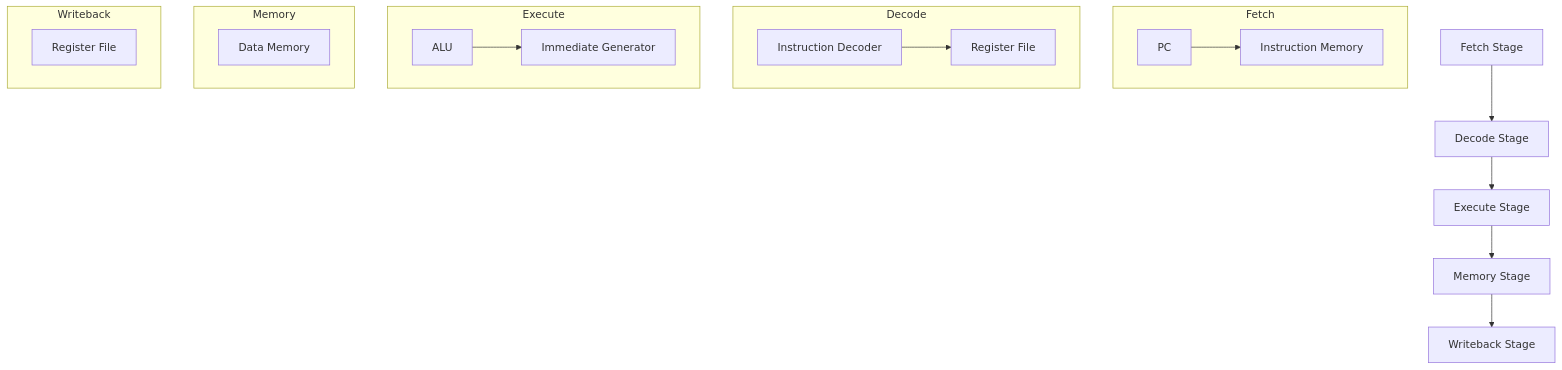
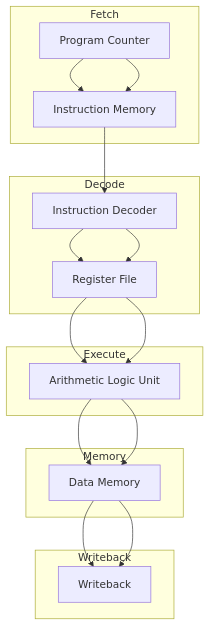
Before and after one commit to Adebayo17/riscv_cpu: the first of 2 diagrams in docs/3_cpu_architecture.md, drawn with Mermaid. The commit also changed other lines of this file and 7 other files, not shown here.

````diff
--- a/docs/3_cpu_architecture.md
+++ b/docs/3_cpu_architecture.md
@@ -10,27 +10,29 @@
 ```mermaid
 graph TD
-    A[Fetch Stage] --> B[Decode Stage]
-    B --> C[Execute Stage]
-    C --> D[Memory Stage]
-    D --> E[Writeback Stage]
+    PC[Program Counter] --> IM[Instruction Memory]
+    IM --> ID[Instruction Decoder]
+    ID --> RF[Register File]
+    RF --> ALU[Arithmetic Logic Unit]
+    ALU --> DM[Data Memory]
+    DM --> WB[Writeback]
 
     subgraph Fetch
-        A1[PC] --> A2[Instruction Memory]
+        PC --> IM
     end
 
     subgraph Decode
-        B1[Instruction Decoder] --> B2[Register File]
+        ID --> RF
     end
 
     subgraph Execute
-        C1[ALU] --> C2[Immediate Generator]
+        RF --> ALU
     end
 
     subgraph Memory
-        D1[Data Memory]
+        ALU --> DM
     end
 
     subgraph Writeback
-        E1[Register File]
+        DM --> WB
     end
 ```
````
